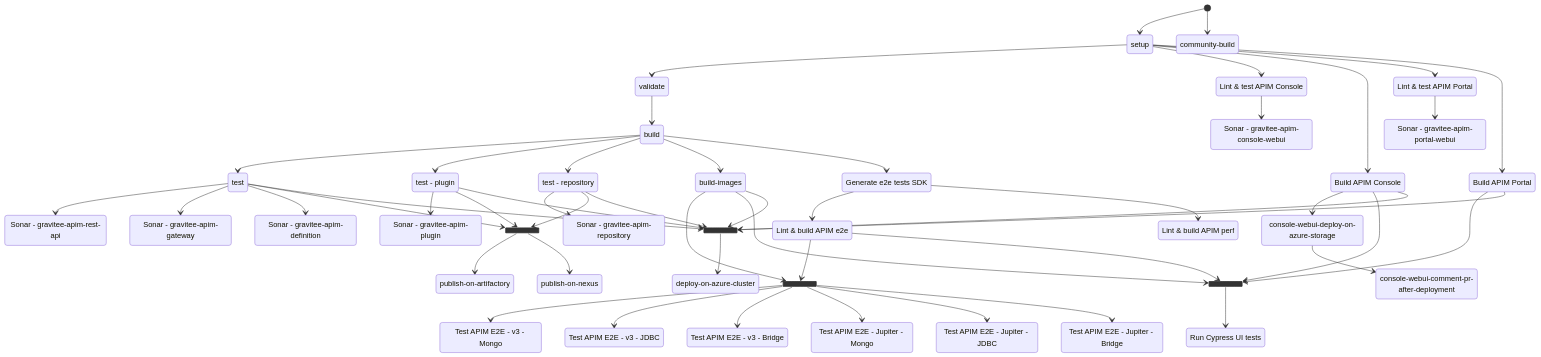
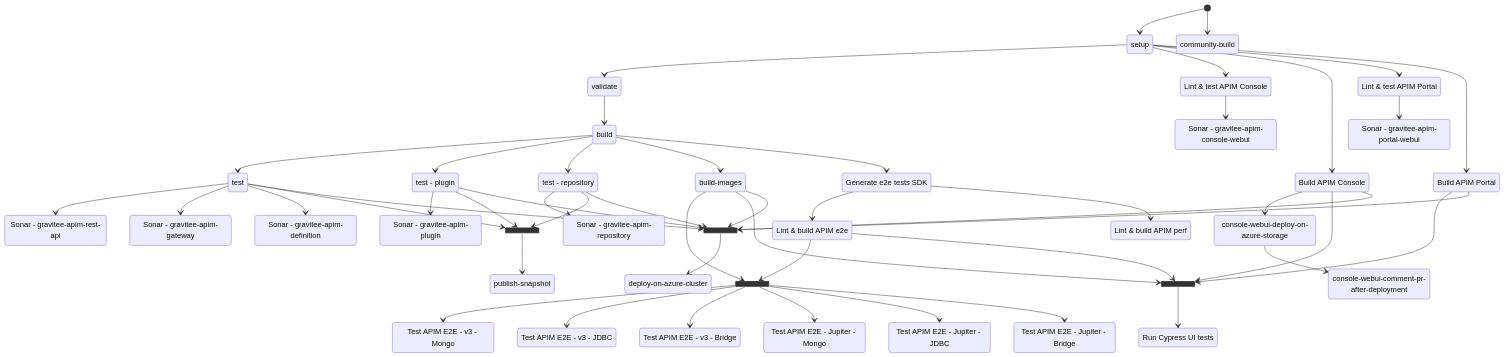
One commit to gravitee-io/gravitee-api-management changed the third of 3 diagrams in .circleci/Workflows.md. Above: the diagram before and after it, drawn with Mermaid. The commit also changed other lines of this file and 4 other files, not shown here.

```diff
--- a/.circleci/Workflows.md
+++ b/.circleci/Workflows.md
@@ -193,10 +192,8 @@
     test --> join_state_publish
     testPlugin --> join_state_publish
     testRepository --> join_state_publish
-    publishOnArtifactory: publish-on-artifactory
-    publishOnNexus: publish-on-nexus
-    join_state_publish --> publishOnArtifactory
-    join_state_publish --> publishOnNexus
+    publishSnapshot: publish-snapshot
+    join_state_publish --> publishSnapshot
 
     %% Console
     webUILintConsole: Lint & test APIM Console
```
